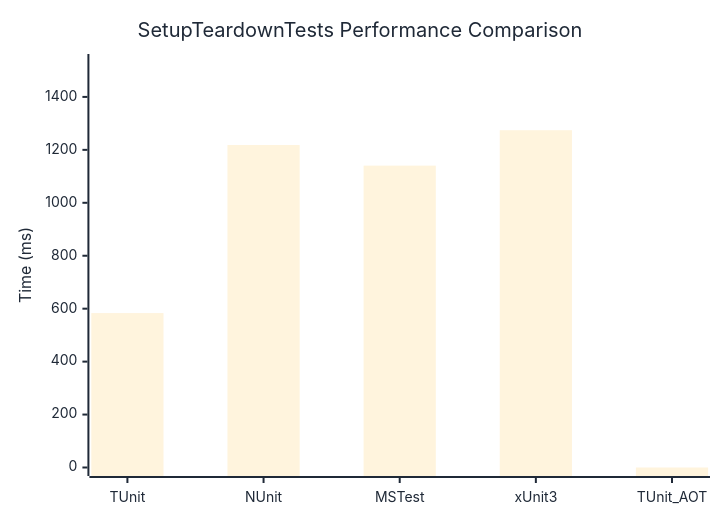
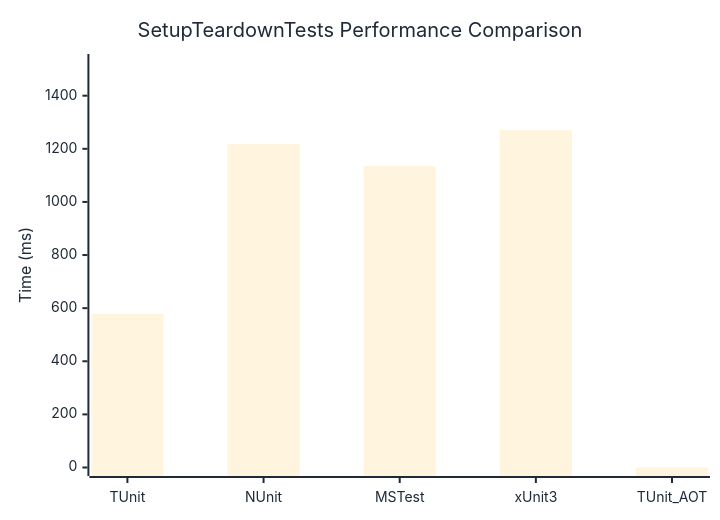
One commit to thomhurst/TUnit changed the diagram in docs/docs/benchmarks/SetupTeardownTests.md. Above: the diagram before and after it, drawn with Mermaid. The commit also changed other lines of this file and 17 other files, not shown here.

````diff
--- a/docs/docs/benchmarks/SetupTeardownTests.md
+++ b/docs/docs/benchmarks/SetupTeardownTests.md
@@ -27,37 +27,37 @@
 ```mermaid
 %%{init: {
   'theme':'base',
   'themeVariables': {
     'primaryColor': '#2563eb',
     'primaryTextColor': '#1f2937',
     'primaryBorderColor': '#1e40af',
     'lineColor': '#6b7280',
     'secondaryColor': '#7c3aed',
     'tertiaryColor': '#dc2626',
     'background': '#ffffff',
     'mainBkg': '#2563eb',
     'secondBkg': '#7c3aed',
     'tertiaryBkg': '#dc2626',
     'clusterBkg': '#f3f4f6',
     'edgeLabelBackground': '#ffffff',
     'tertiaryTextColor': '#1f2937',
     'pie1': '#2563eb',
     'pie2': '#7c3aed',
     'pie3': '#dc2626',
     'pie4': '#f59e0b',
     'pie5': '#10b981',
     'pie6': '#06b6d4',
     'pie7': '#ec4899',
     'pie8': '#6366f1',
     'pie9': '#84cc16',
     'pie10': '#f97316',
     'pie11': '#14b8a6',
     'pie12': '#a855f7'
   }
 }}%%
 xychart-beta
   title "SetupTeardownTests Performance Comparison"
   x-axis ["TUnit", "NUnit", "MSTest", "xUnit3", "TUnit_AOT"]
-  y-axis "Time (ms)" 0 --> 1530
-  bar [583.4, 1218.3, 1140.4, 1274.2, 0]
+  y-axis "Time (ms)" 0 --> 1525
+  bar [578.6, 1218.4, 1135.3, 1270.3, 0]
 ```
````
